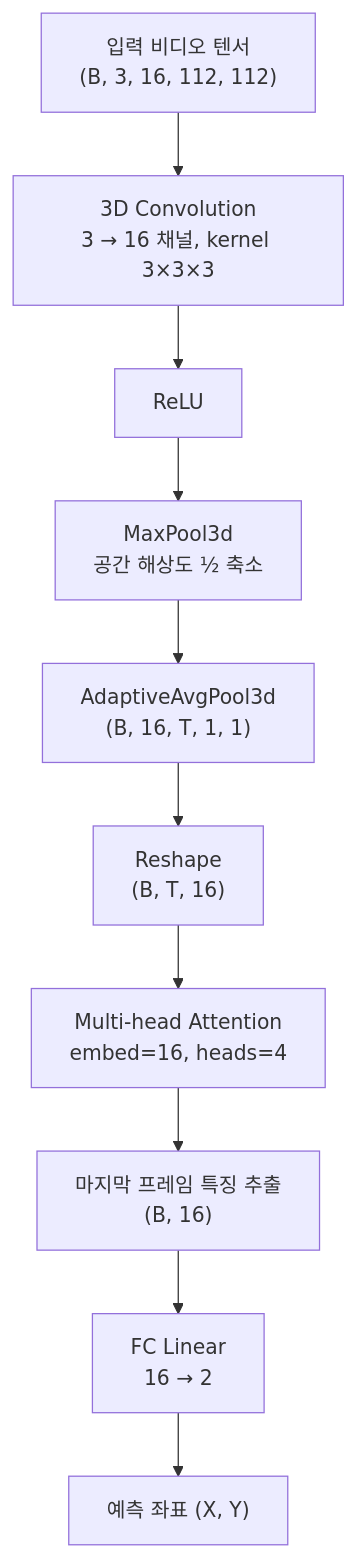
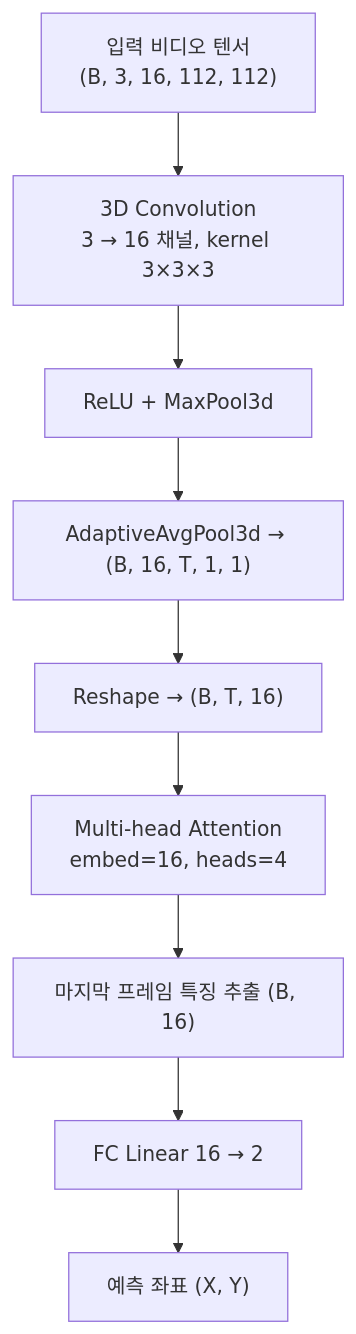
Before and after one commit to MinSeokPark-hub/trajectory-prediction: the second of 3 diagrams in README.md, drawn with Mermaid. The commit also changed other lines of this file, not shown here.

````diff
--- a/README.md
+++ b/README.md
@@ -73,13 +88,12 @@
 ```mermaid
 graph TD
     A["입력 비디오 텐서\n(B, 3, 16, 112, 112)"]
     A --> B["3D Convolution\n3 → 16 채널, kernel 3×3×3"]
-    B --> C["ReLU"]
-    C --> D["MaxPool3d\n공간 해상도 ½ 축소"]
-    D --> E["AdaptiveAvgPool3d\n(B, 16, T, 1, 1)"]
-    E --> F["Reshape\n(B, T, 16)"]
-    F --> G["Multi-head Attention\nembed=16, heads=4"]
-    G --> H["마지막 프레임 특징 추출\n(B, 16)"]
-    H --> I["FC Linear\n16 → 2"]
-    I --> J["예측 좌표 (X, Y)"]
+    B --> C["ReLU + MaxPool3d"]
+    C --> D["AdaptiveAvgPool3d → (B, 16, T, 1, 1)"]
+    D --> E["Reshape → (B, T, 16)"]
+    E --> F["Multi-head Attention\nembed=16, heads=4"]
+    F --> G["마지막 프레임 특징 추출 (B, 16)"]
+    G --> H["FC Linear 16 → 2"]
+    H --> I["예측 좌표 (X, Y)"]
 ```
````
